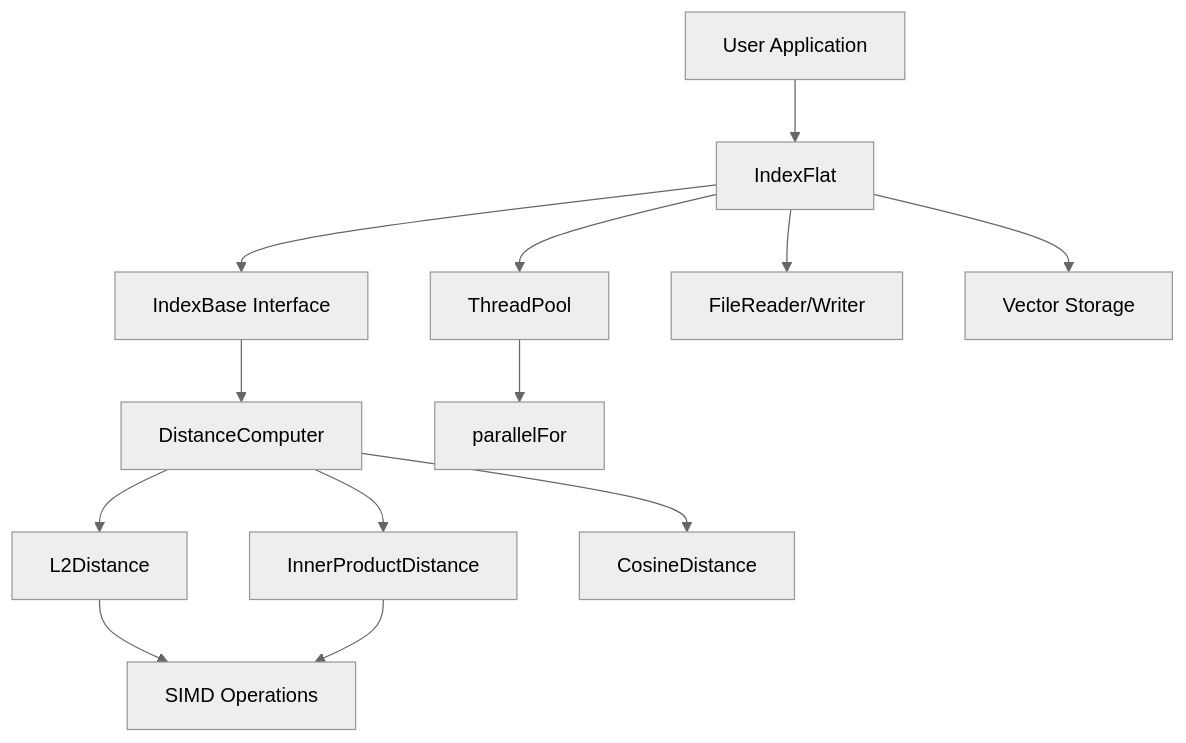
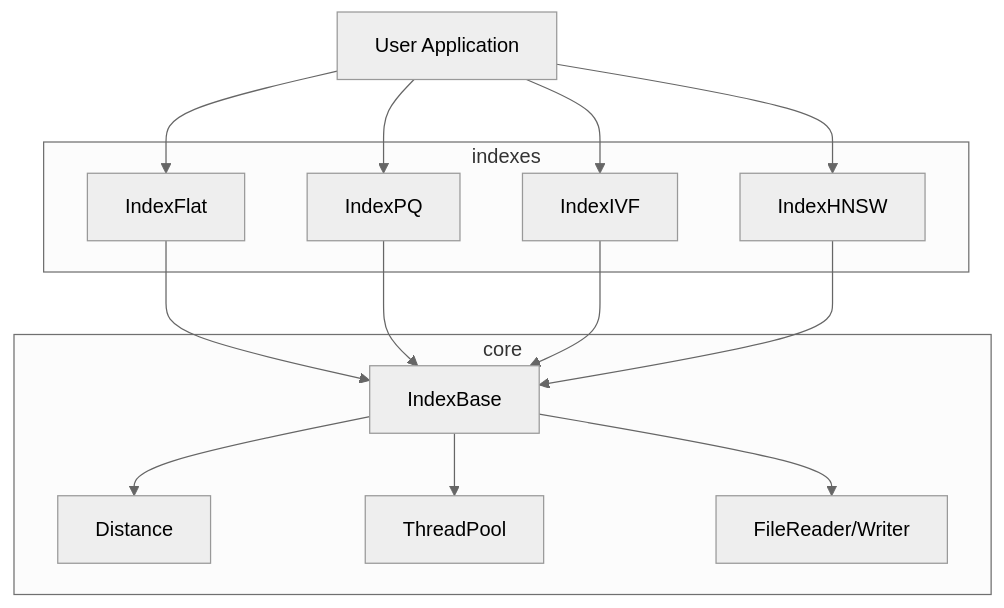
The diagram in README.md (ruskaruma/Helix), drawn with Mermaid (neutral theme) before and after one commit. The commit also changed other lines of this file and 1 other file, not shown here.

Commit message:
docs: simplify README, add concise ARCHITECTURE

````diff
--- a/README.md
+++ b/README.md
@@ -22,15 +32,31 @@
 ```mermaid
 graph TD
-    A[User Application] --> B[IndexFlat]
-    B --> C[IndexBase Interface]
-    C --> D[DistanceComputer]
-    D --> E[L2Distance]
-    D --> F[InnerProductDistance]
-    D --> G[CosineDistance]
-    B --> H[ThreadPool]
-    B --> I[FileReader/Writer]
-    B --> J[Vector Storage]
-    H --> K[parallelFor]
-    E --> L[SIMD Operations]
-    F --> L
+    app[User Application]
+    subgraph core
+        idxBase[IndexBase]
+        dist[Distance]
+        thread[ThreadPool]
+        io[FileReader/Writer]
+    end
+
+    subgraph indexes
+        flat[IndexFlat]
+        pq[IndexPQ]
+        ivf[IndexIVF]
+        hnsw[IndexHNSW]
+    end
+
+    app --> flat
+    app --> pq
+    app --> ivf
+    app --> hnsw
+
+    flat --> idxBase
+    pq --> idxBase
+    ivf --> idxBase
+    hnsw --> idxBase
+
+    idxBase --> dist
+    idxBase --> thread
+    idxBase --> io
 ```
````
